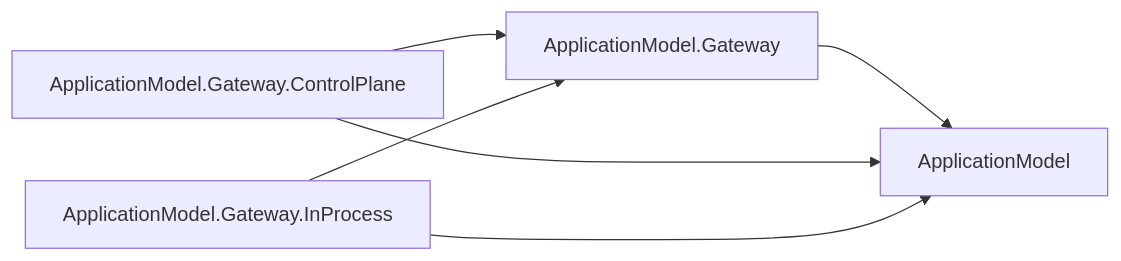
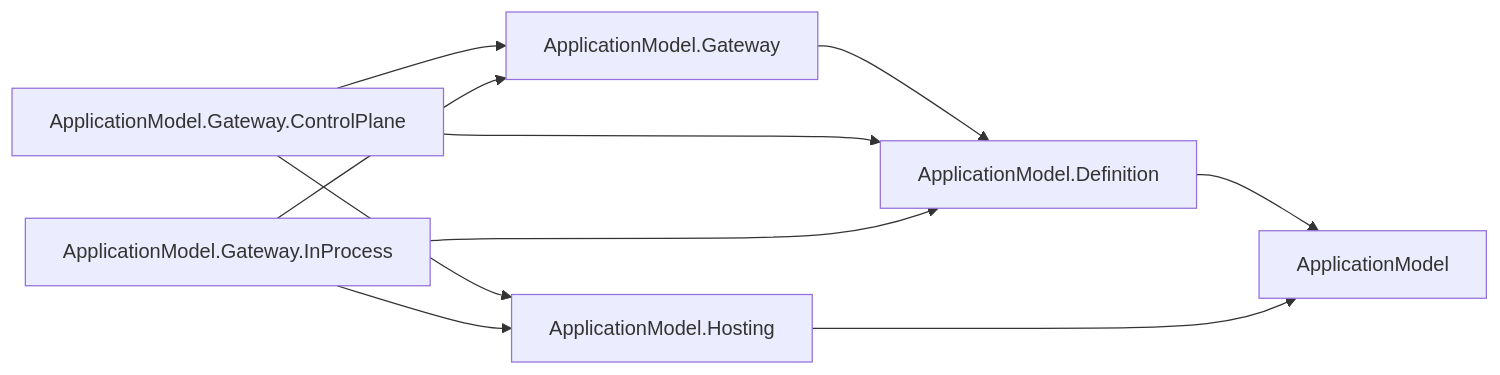
Before and after one commit to assimalign/cohesion: the second of 27 diagrams in docs/DEPENDENCIES.md, drawn with Mermaid. The commit also changed other lines of this file and 394 other files, not shown here.

First line of the commit message:
refactor(application-model): split the model into contracts, definitions, and hosting

````diff
--- a/docs/DEPENDENCIES.md
+++ b/docs/DEPENDENCIES.md
@@ -161,12 +161,18 @@
 ```mermaid
 flowchart LR
     N0["ApplicationModel"]
-    N1["ApplicationModel.Gateway"]
-    N2["ApplicationModel.Gateway.ControlPlane"]
-    N3["ApplicationModel.Gateway.InProcess"]
+    N1["ApplicationModel.Definition"]
+    N2["ApplicationModel.Gateway"]
+    N3["ApplicationModel.Gateway.ControlPlane"]
+    N4["ApplicationModel.Gateway.InProcess"]
+    N5["ApplicationModel.Hosting"]
     N1 --> N0
-    N2 --> N0
     N2 --> N1
-    N3 --> N0
     N3 --> N1
+    N3 --> N2
+    N3 --> N5
+    N4 --> N1
+    N4 --> N2
+    N4 --> N5
+    N5 --> N0
 ```
````
